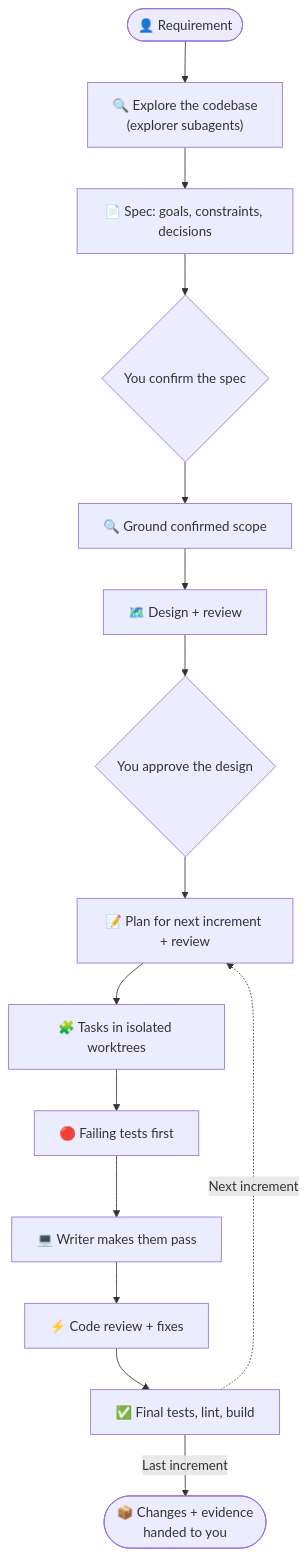
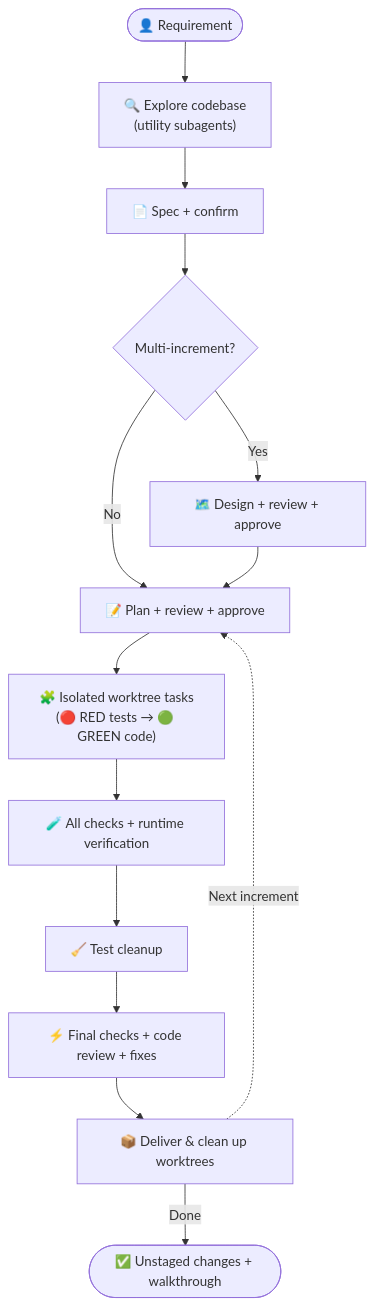
Before and after one commit to Gyunikuchan/dispatch-skills: the diagram in README.md, drawn with Mermaid. The commit also changed other lines of this file and 10 other files, not shown here.

Commit message:
docs(dispatch): streamline user guides, diagrams, and sample config

````diff
--- a/README.md
+++ b/README.md
@@ -27,17 +29,16 @@
 ```mermaid
 flowchart TD
-    User(["👤 Requirement"]) --> Ground["🔍 Explore the codebase<br/>(explorer subagents)"]
-    Ground --> Spec["📄 Spec: goals, constraints, decisions"]
-    Spec --> SpecGate{"You confirm the spec"}
-    SpecGate --> ScopeGround["🔍 Ground confirmed scope"]
-    ScopeGround --> Design["🗺️ Design + review"]
-    Design --> DesignGate{"You approve the design"}
-    DesignGate --> Plan["📝 Plan for next increment + review"]
-    Plan --> Tasks["🧩 Tasks in isolated worktrees"]
-    Tasks --> Red["🔴 Failing tests first"]
-    Red --> Green["💻 Writer makes them pass"]
-    Green --> CodeReview["⚡ Code review + fixes"]
-    CodeReview --> Final["✅ Final tests, lint, build"]
-    Final -.->|Next increment| Plan
-    Final -->|Last increment| Handoff(["📦 Changes + evidence<br/>handed to you"])
+    User(["👤 Requirement"]) --> Ground["🔍 Explore codebase<br/>(utility subagents)"]
+    Ground --> Spec["📄 Spec + confirm"]
+    Spec --> ScopeCheck{"Multi-increment?"}
+    ScopeCheck -->|Yes| Design["🗺️ Design + review + approve"]
+    ScopeCheck -->|No| Plan
+    Design --> Plan["📝 Plan + review + approve"]
+    Plan --> Tasks["🧩 Isolated worktree tasks<br/>(🔴 RED tests → 🟢 GREEN code)"]
+    Tasks --> Verify["🧪 All checks + runtime verification"]
+    Verify --> Cleanup["🧹 Test cleanup"]
+    Cleanup --> Review["⚡ Final checks + code review + fixes"]
+    Review --> Deliver["📦 Deliver & clean up worktrees"]
+    Deliver -.->|Next increment| Plan
+    Deliver -->|Done| Handoff(["✅ Unstaged changes + walkthrough"])
 ```
````
